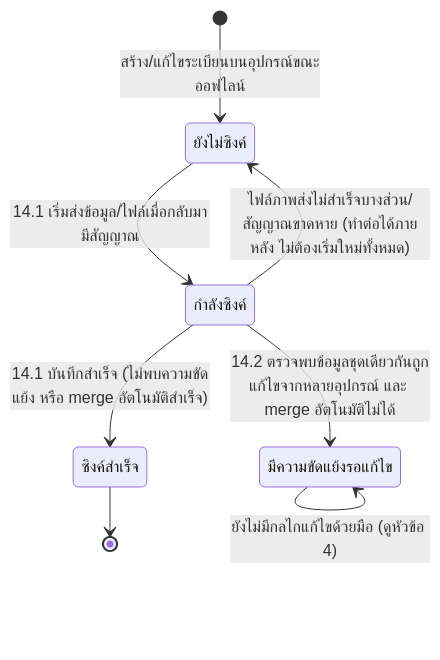
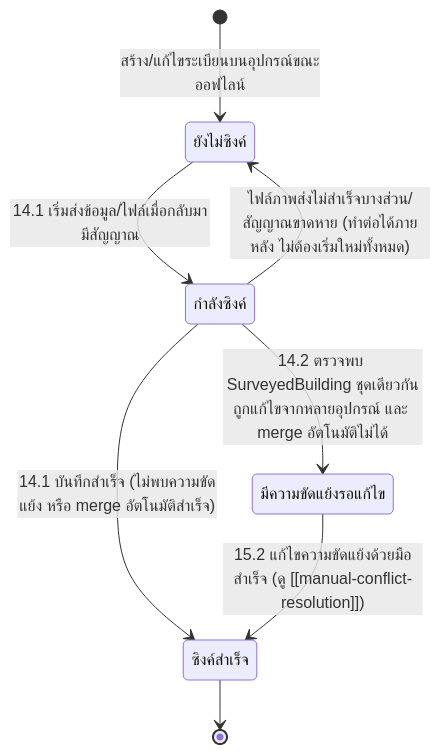
The second of 2 diagrams in docs/02-design/02-technical/detailed-design/offline-sync.md (sirikorn-cmru/CrackAI-Field), drawn with Mermaid before and after one commit. The commit also changed other lines of this file and 11 other files, not shown here.

````diff
--- a/docs/02-design/02-technical/detailed-design/offline-sync.md
+++ b/docs/02-design/02-technical/detailed-design/offline-sync.md
@@ -48,10 +49,10 @@
 ```mermaid
 stateDiagram-v2
     [*] --> ยังไม่ซิงค์ : สร้าง/แก้ไขระเบียนบนอุปกรณ์ขณะออฟไลน์
     ยังไม่ซิงค์ --> กำลังซิงค์ : 14.1 เริ่มส่งข้อมูล/ไฟล์เมื่อกลับมามีสัญญาณ
     กำลังซิงค์ --> ซิงค์สำเร็จ : 14.1 บันทึกสำเร็จ (ไม่พบความขัดแย้ง หรือ merge อัตโนมัติสำเร็จ)
-    กำลังซิงค์ --> มีความขัดแย้งรอแก้ไข : 14.2 ตรวจพบข้อมูลชุดเดียวกันถูกแก้ไขจากหลายอุปกรณ์ และ merge อัตโนมัติไม่ได้
+    กำลังซิงค์ --> มีความขัดแย้งรอแก้ไข : 14.2 ตรวจพบ SurveyedBuilding ชุดเดียวกันถูกแก้ไขจากหลายอุปกรณ์ และ merge อัตโนมัติไม่ได้
     กำลังซิงค์ --> ยังไม่ซิงค์ : ไฟล์ภาพส่งไม่สำเร็จบางส่วน/สัญญาณขาดหาย (ทำต่อได้ภายหลัง ไม่ต้องเริ่มใหม่ทั้งหมด)
-    มีความขัดแย้งรอแก้ไข --> มีความขัดแย้งรอแก้ไข : ยังไม่มีกลไกแก้ไขด้วยมือ (ดูหัวข้อ 4)
+    มีความขัดแย้งรอแก้ไข --> ซิงค์สำเร็จ : 15.2 แก้ไขความขัดแย้งด้วยมือสำเร็จ (ดู [[manual-conflict-resolution]])
     ซิงค์สำเร็จ --> [*]
 ```
````
